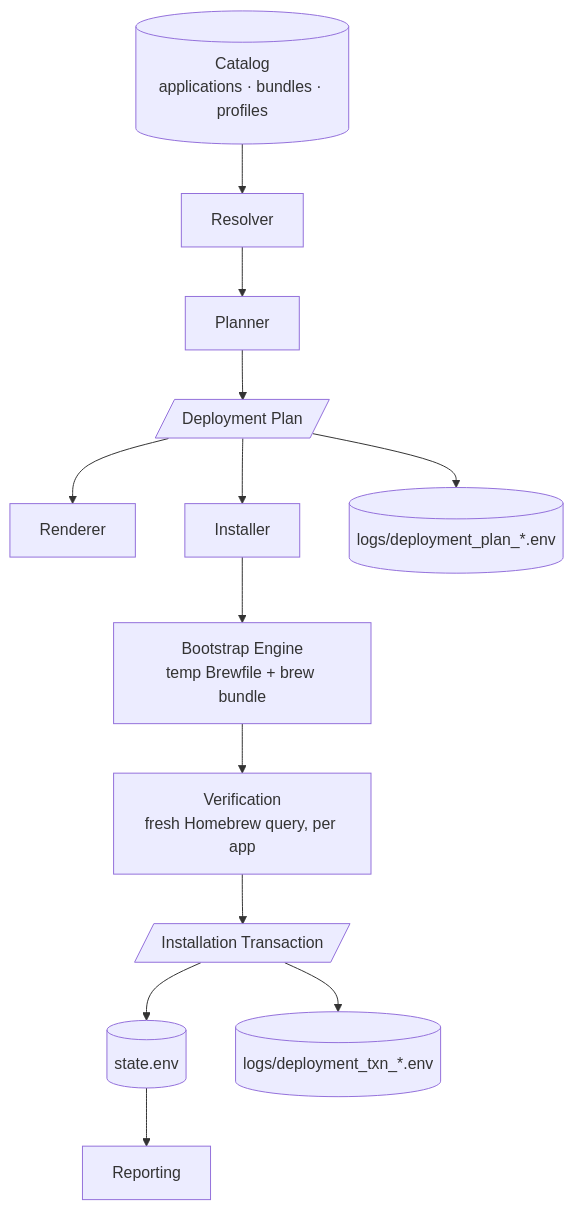
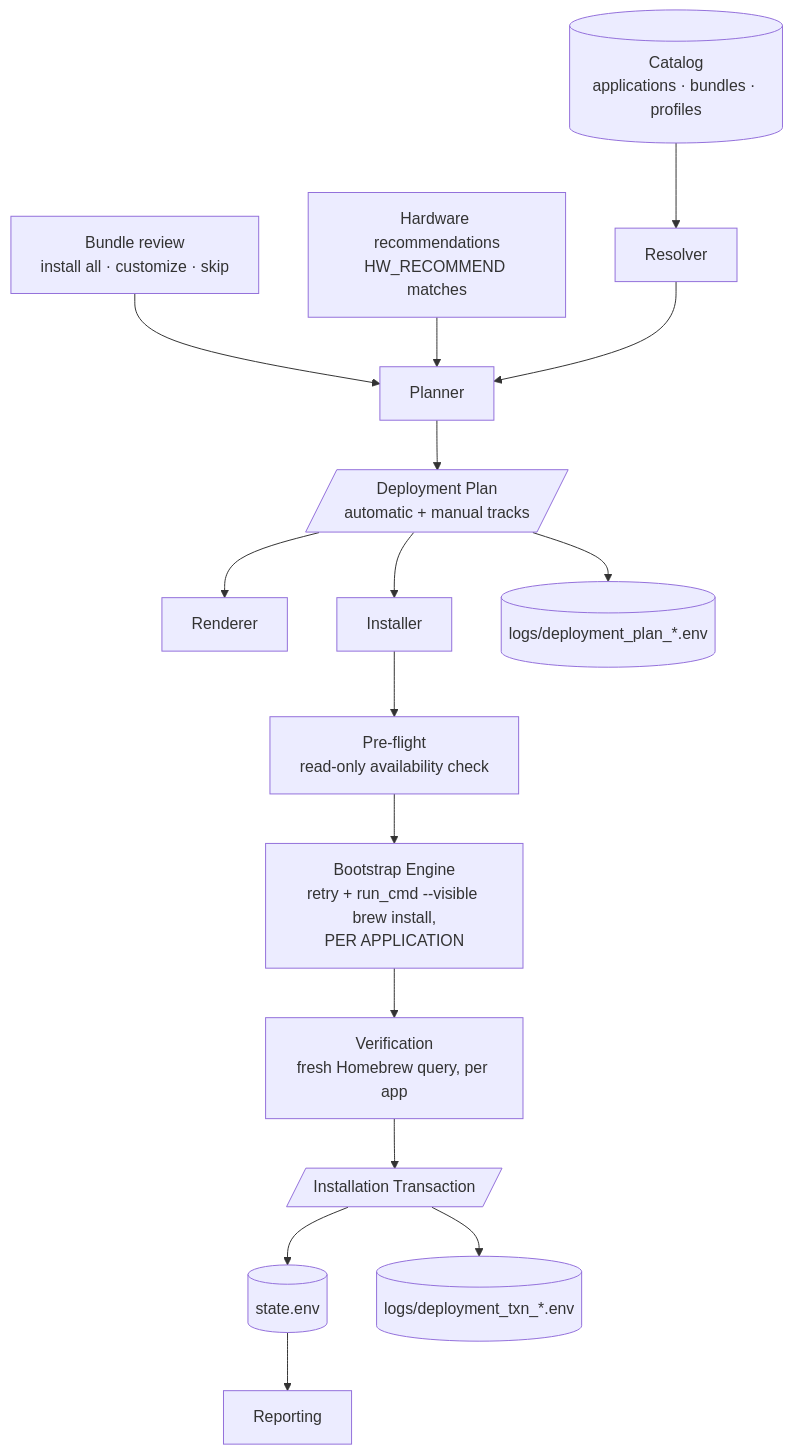
Before and after one commit to JorgeSucre/jb-ToolKit: the diagram in docs/Deployment-Architecture.md, drawn with Mermaid. The commit also changed other lines of this file and 12 other files, not shown here.

````diff
--- a/docs/Deployment-Architecture.md
+++ b/docs/Deployment-Architecture.md
@@ -10,15 +10,18 @@
 ```mermaid
 flowchart TD
     CAT[(Catalog<br/>applications · bundles · profiles)] --> RES[Resolver]
+    REV[Bundle review<br/>install all · customize · skip] --> PLN
+    HW[Hardware recommendations<br/>HW_RECOMMEND matches] --> PLN
     RES --> PLN[Planner]
-    PLN --> PLAN[/Deployment Plan/]
+    PLN --> PLAN[/Deployment Plan<br/>automatic + manual tracks/]
     PLAN --> REN[Renderer]
     PLAN --> INS[Installer]
-    INS --> ENG[Bootstrap Engine<br/>temp Brewfile + brew bundle]
+    INS --> PRE[Pre-flight<br/>read-only availability check]
+    PRE --> ENG[Bootstrap Engine<br/>retry + run_cmd --visible brew install,<br/>PER APPLICATION]
     ENG --> VER[Verification<br/>fresh Homebrew query, per app]
     VER --> TXN[/Installation Transaction/]
     TXN --> STATE[(state.env)]
     TXN --> TXNFILE[(logs/deployment_txn_*.env)]
     PLAN --> PLANFILE[(logs/deployment_plan_*.env)]
     STATE --> REP[Reporting]
 ```
````
